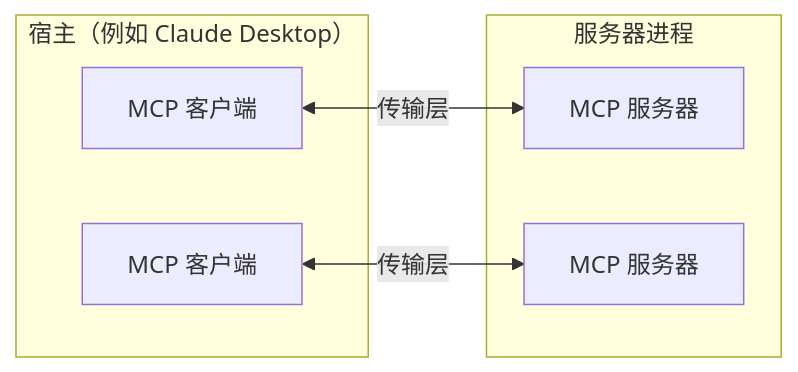
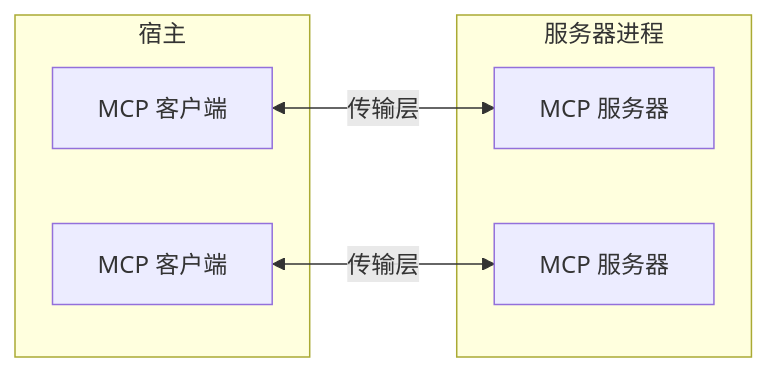
One commit to yfme/mcp-docs-zh changed the first of 2 diagrams in docs/concepts/architecture.mdx. Above: the diagram before and after it, drawn with Mermaid. The commit also changed other lines of this file and 70 other files, not shown here.

````diff
--- a/docs/concepts/architecture.mdx
+++ b/docs/concepts/architecture.mdx
@@ -16,16 +16,16 @@
 ```mermaid
 flowchart LR
-    subgraph "&nbsp;宿主（例如 Claude Desktop）&nbsp;"
+    subgraph "&nbsp;宿主&nbsp;"
         client1[MCP 客户端]
         client2[MCP 客户端]
     end
     subgraph "服务器进程"
         server1[MCP 服务器]
     end
     subgraph "服务器进程"
         server2[MCP 服务器]
     end
 
     client1 <-->|传输层| server1
     client2 <-->|传输层| server2
 ```
````
